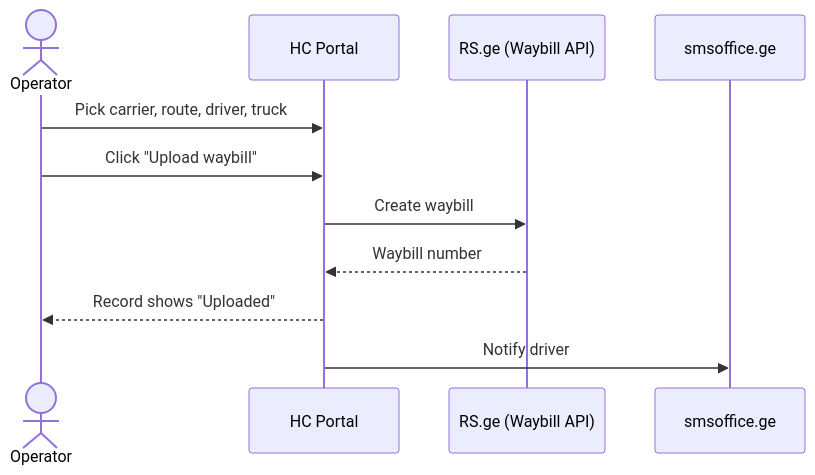
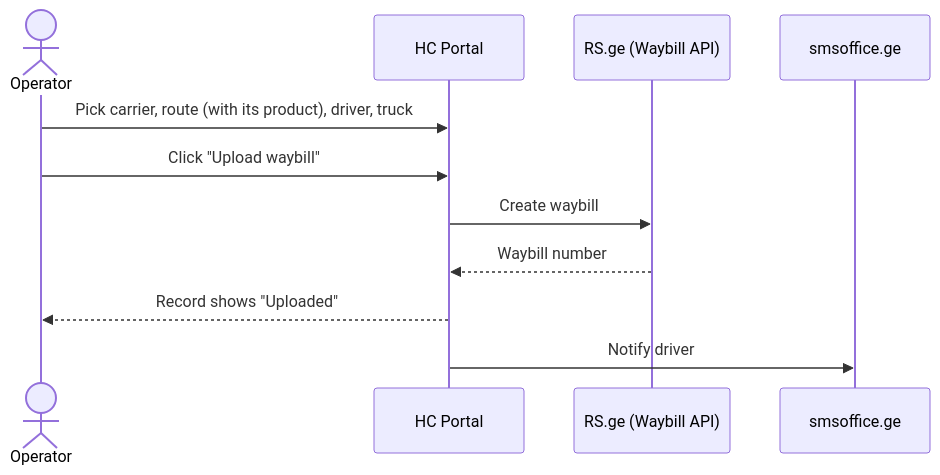
One commit to nlortkipa/hc-waybills changed the first of 2 diagrams in README.md. Above: the diagram before and after it, drawn with Mermaid. The commit also changed other lines of this file and 14 other files, not shown here.

````diff
--- a/README.md
+++ b/README.md
@@ -7,14 +7,14 @@
 ```mermaid
 sequenceDiagram
     actor Op as Operator
     participant App as HC Portal
     participant RS as RS.ge (Waybill API)
     participant SMS as smsoffice.ge
 
-    Op->>App: Pick carrier, route, driver, truck
+    Op->>App: Pick carrier, route (with its product), driver, truck
     Op->>App: Click "Upload waybill"
     App->>RS: Create waybill
     RS-->>App: Waybill number
     App-->>Op: Record shows "Uploaded"
     App->>SMS: Notify driver
 ```
````
